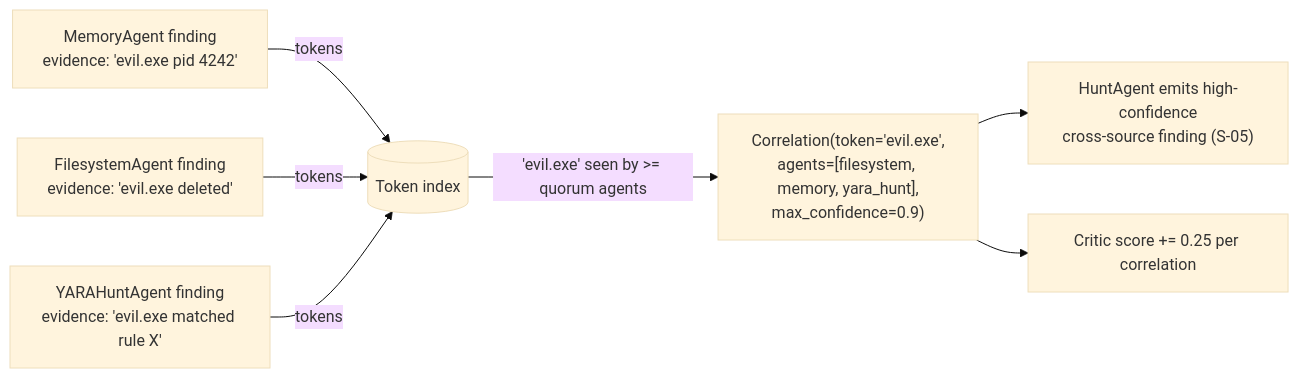
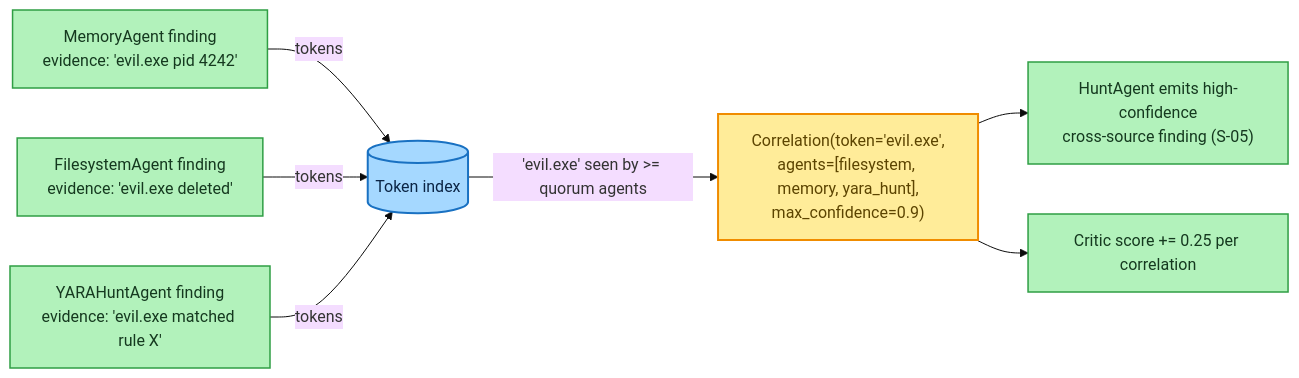
The second of 2 diagrams in docs/02-architecture/swarm-agents.md (galvangabriel-web/agentropix-mcp), drawn with Mermaid (base theme) before and after one commit. The commit also changed other lines of this file and 3 other files, not shown here.

First line of the commit message:
Convert C4 diagrams to flowcharts (GitLab can't render C4) + apply palette

````diff
--- a/docs/02-architecture/swarm-agents.md
+++ b/docs/02-architecture/swarm-agents.md
@@ -174,9 +181,16 @@
 ```mermaid
 graph LR
     M["MemoryAgent finding<br/>evidence: 'evil.exe pid 4242'"] -->|tokens| TI[(Token index)]
     F["FilesystemAgent finding<br/>evidence: 'evil.exe deleted'"] -->|tokens| TI
     Y["YARAHuntAgent finding<br/>evidence: 'evil.exe matched rule X'"] -->|tokens| TI
     TI -->|"'evil.exe' seen by >= quorum agents"| C["Correlation(token='evil.exe',<br/>agents=[filesystem, memory, yara_hunt],<br/>max_confidence=0.9)"]
     C --> H["HuntAgent emits high-confidence<br/>cross-source finding (S-05)"]
     C --> CR["Critic score += 0.25 per correlation"]
+
+    classDef core fill:#b2f2bb,stroke:#2f9e44,color:#15391f,stroke-width:1.5px
+    classDef data fill:#a5d8ff,stroke:#1971c2,color:#0b2545,stroke-width:2px
+    classDef hit fill:#ffec99,stroke:#f08c00,color:#5c4400,stroke-width:2px
+    class M,F,Y,H,CR core
+    class TI data
+    class C hit
 ```
````
